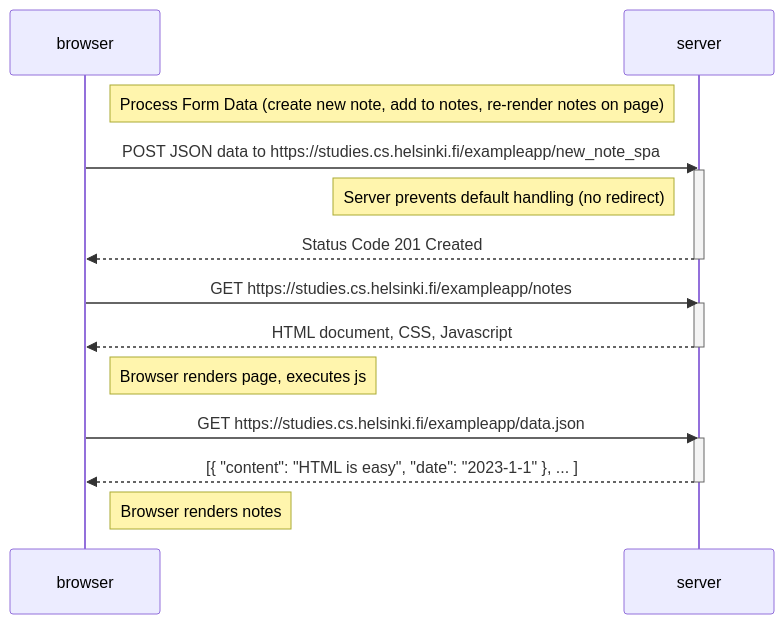
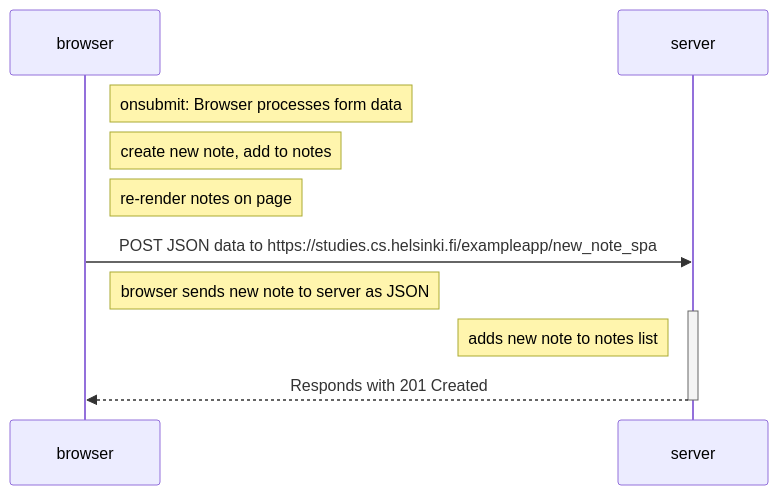
The diagram in part0/0-6 SPA New Note Diagram.md (paolo-arroyo/fullstackopen), drawn with Mermaid before and after one commit.

Commit message:
submit final 0.6

````diff
--- a/part0/0-6 SPA New Note Diagram.md
+++ b/part0/0-6 SPA New Note Diagram.md
@@ -2,28 +2,16 @@
 ```mermaid
 sequenceDiagram
     participant browser
     participant server
 
-    Note right of browser: Process Form Data (create new note, add to notes, re-render notes on page)
+    Note right of browser: onsubmit: Browser processes form data 
+    Note right of browser: create new note, add to notes
+    Note right of browser: re-render notes on page
 
     browser->>server: POST JSON data to https://studies.cs.helsinki.fi/exampleapp/new_note_spa
+    Note right of browser: browser sends new note to server as JSON
     activate server
-    note left of server: Server prevents default handling (no redirect)
-    server-->>browser: Status Code 201 Created
+    Note left of server: adds new note to notes list
+    server-->>browser: Responds with 201 Created
     deactivate server
-
-    browser->>server: GET https://studies.cs.helsinki.fi/exampleapp/notes
-    activate server
-    server-->>browser: HTML document, CSS, Javascript
-    deactivate server
-
-    Note right of browser: Browser renders page, executes js
-
-
-    browser->>server: GET https://studies.cs.helsinki.fi/exampleapp/data.json
-    activate server
-    server-->>browser: [{ "content": "HTML is easy", "date": "2023-1-1" }, ... ]
-    deactivate server
-
-    Note right of browser: Browser renders notes
 ```
````
